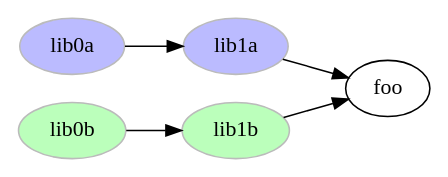
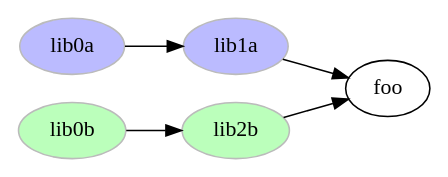
Before and after one commit to tweag/python-monorepo-example: the diagram in content/blog/2020-11-18-nix-cas-self-references/foo-runtime-dependency-graph.dot, drawn with Graphviz. The commit also changed 2 other files, not shown here.

```diff
--- a/content/blog/2020-11-18-nix-cas-self-references/foo-runtime-dependency-graph.dot
+++ b/content/blog/2020-11-18-nix-cas-self-references/foo-runtime-dependency-graph.dot
@@ -1,14 +1,14 @@
 digraph {
   rankdir=LR;
   {
     node [color="#bbbbbb", fillcolor="#bbbbff", style="filled"];
     lib0a; lib1a;
   }
   {
     node [color="#bbbbbb", fillcolor="#bbffbb", style="filled"];
-    lib0b; lib1b;
+    lib0b; lib2b;
   }
 
   lib0a -> lib1a -> foo;
-  lib0b -> lib1b -> foo;
+  lib0b -> lib2b -> foo;
 }
```
